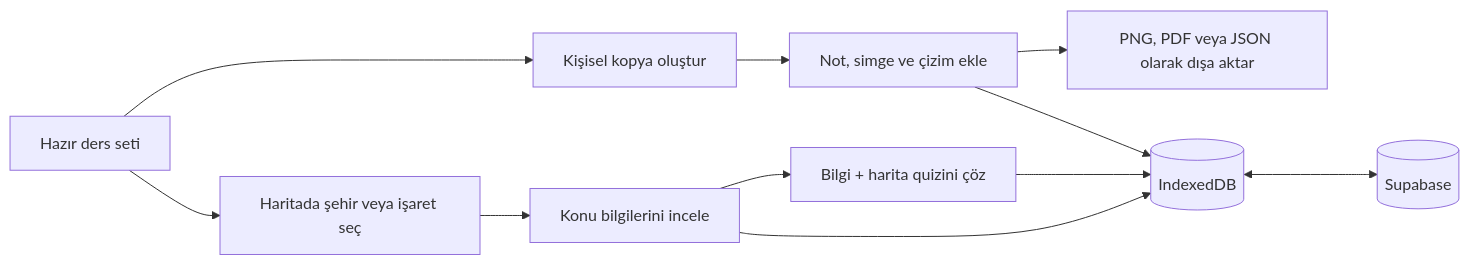
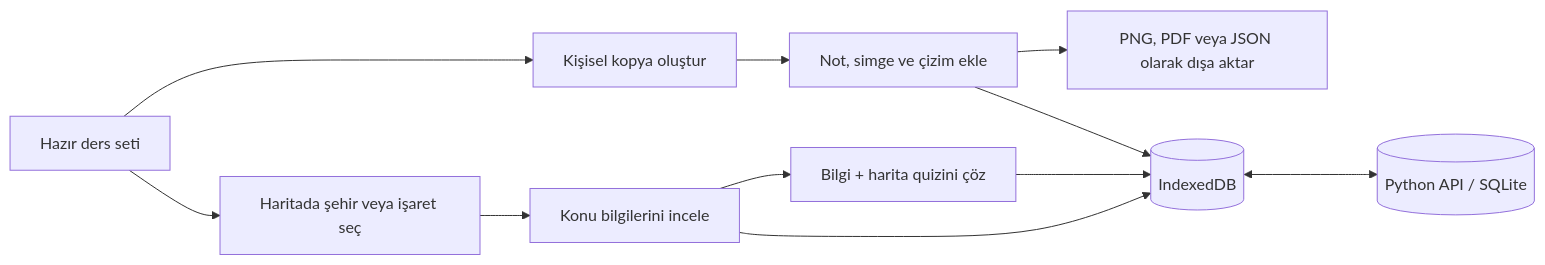
Before and after one commit to mehmetk-dev/cografya: the diagram in README.md, drawn with Mermaid. The commit also changed other lines of this file and 33 other files, not shown here.

````diff
--- a/README.md
+++ b/README.md
@@ -123,13 +123,13 @@
 ```mermaid
 flowchart LR
     A["Hazır ders seti"] --> B["Haritada şehir veya işaret seç"]
     B --> C["Konu bilgilerini incele"]
     C --> D["Bilgi + harita quizini çöz"]
     A --> E["Kişisel kopya oluştur"]
     E --> F["Not, simge ve çizim ekle"]
     F --> G["PNG, PDF veya JSON olarak dışa aktar"]
     C --> H[("IndexedDB")]
     D --> H
     F --> H
-    H <--> I[("Supabase")]
+    H <--> I[("Python API / SQLite")]
 ```
````
